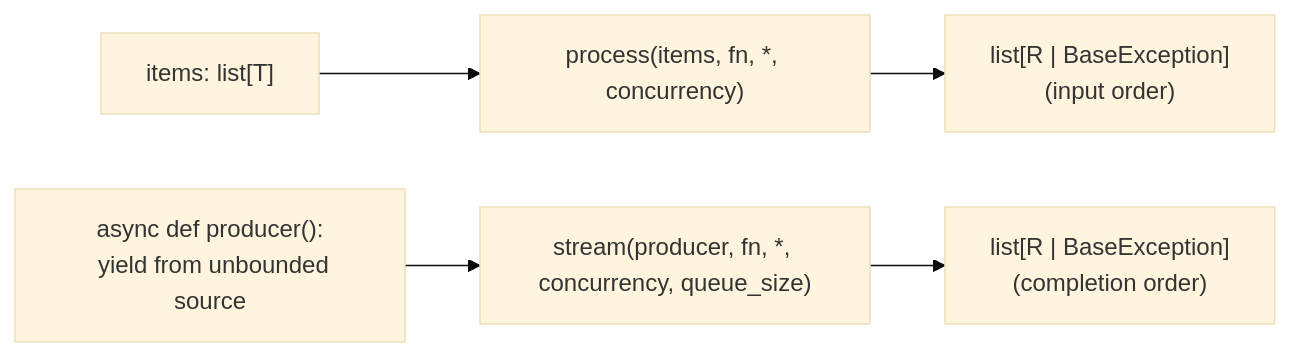
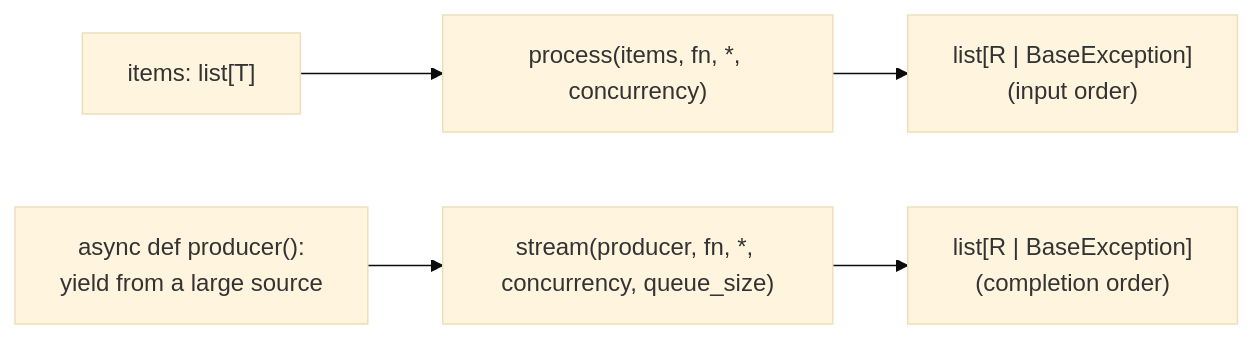
One commit to jt-mchorse/python-async-llm-pipelines changed the second of 6 diagrams in docs/architecture.md. Above: the diagram before and after it, drawn with Mermaid (base theme). The commit also changed other lines of this file and 10 other files, not shown here.

First line of the commit message:
fix(docs): stream's queue bounds the input waiting, not memory — results are O(n) (#115) (#117)

````diff
--- a/docs/architecture.md
+++ b/docs/architecture.md
@@ -54,8 +55,8 @@
 ```mermaid
 flowchart LR
     L["items: list[T]"] --> P["process(items, fn, *, concurrency)"]
     P --> R["list[R | BaseException]<br/>(input order)"]
 
-    PR["async def producer():<br/>  yield from unbounded source"] --> S["stream(producer, fn, *, concurrency, queue_size)"]
+    PR["async def producer():<br/>  yield from a large source"] --> S["stream(producer, fn, *, concurrency, queue_size)"]
     S --> R2["list[R | BaseException]<br/>(completion order)"]
 ```
````
